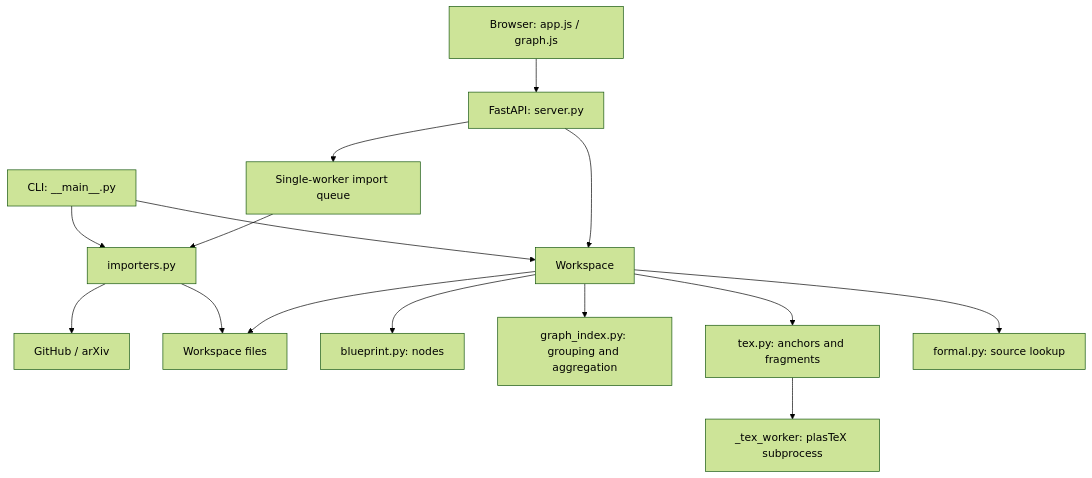
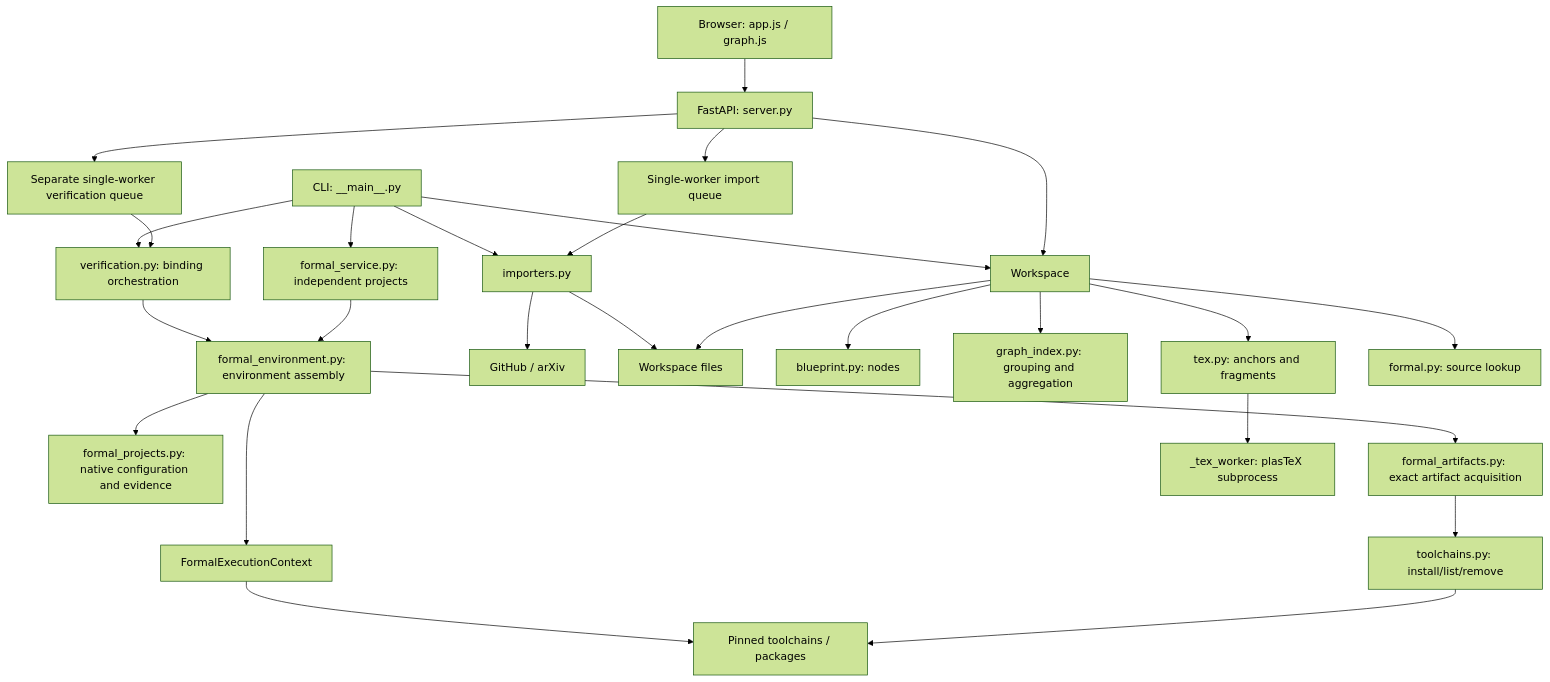
One commit to hcqiu/qprint changed the diagram in ARCHITECTURE.en.md. Above: the diagram before and after it, drawn with Mermaid (forest theme). The commit also changed other lines of this file and 401 other files, not shown here.

Commit message:
formal verification

````diff
--- a/ARCHITECTURE.en.md
+++ b/ARCHITECTURE.en.md
@@ -9,17 +11,29 @@
 ```mermaid
 flowchart TD
     Browser[Browser: app.js / graph.js] --> API[FastAPI: server.py]
     CLI[CLI: __main__.py] --> WS[Workspace]
     API --> WS
     API --> Jobs[Single-worker import queue]
+    API --> VerifyJobs[Separate single-worker verification queue]
+    CLI --> Verify[verification.py: binding orchestration]
+    CLI --> ProjectVerify[formal_service.py: independent projects]
+    VerifyJobs --> Verify
+    Verify --> Resolver[formal_environment.py: environment assembly]
+    ProjectVerify --> Resolver
+    Resolver --> Native[formal_projects.py: native configuration and evidence]
+    Resolver --> Acquire[formal_artifacts.py: exact artifact acquisition]
+    Resolver --> Context[FormalExecutionContext]
+    Context --> Toolchain[Pinned toolchains / packages]
+    Acquire --> Manager[toolchains.py: install/list/remove]
+    Manager --> Toolchain
     CLI --> Import[importers.py]
     Jobs --> Import
     Import --> Remote[GitHub / arXiv]
     Import --> Files[Workspace files]
     WS --> Files
     WS --> BP[blueprint.py: nodes]
     WS --> GI[graph_index.py: grouping and aggregation]
     WS --> TEX[tex.py: anchors and fragments]
     TEX --> Worker[_tex_worker: plasTeX subprocess]
     WS --> Formal[formal.py: source lookup]
 ```
````
